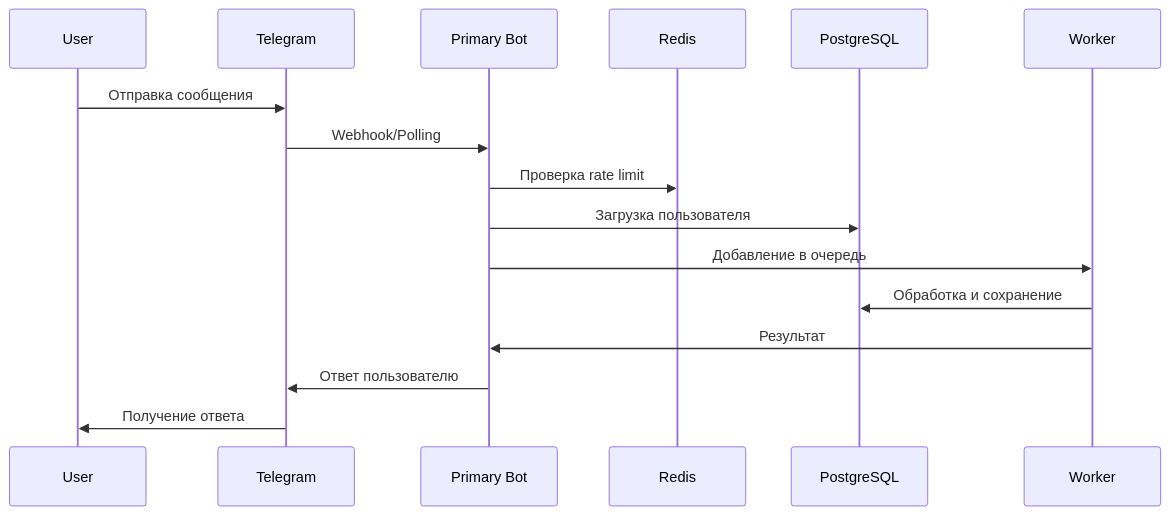
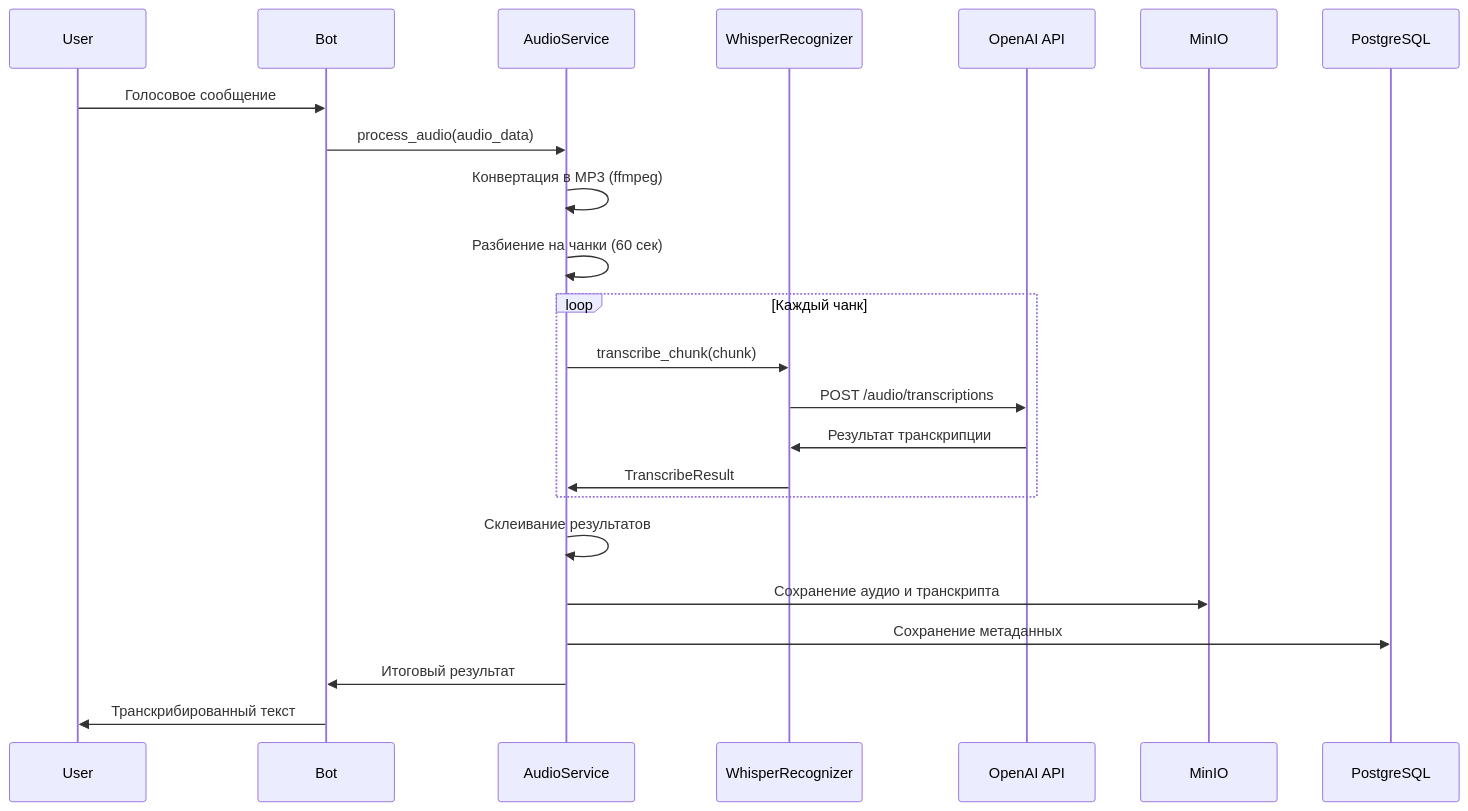
Before and after one commit to sergeyshmagin/Aisha_bot_new: the first of 3 diagrams in docs/architecture.md, drawn with Mermaid. The commit also changed other lines of this file and 24 other files, not shown here.

Commit message:
🔄 Обновление документации и архитектуры - фокус на транскрибации через OpenAI Whisper, система платных услуг, улучшенное логирование, очистка устаревшей документации

````diff
--- a/docs/architecture.md
+++ b/docs/architecture.md
@@ -137,19 +89,28 @@
 ```mermaid
 sequenceDiagram
     participant U as User
-    participant T as Telegram
-    participant B as Primary Bot
-    participant R as Redis
+    participant B as Bot
+    participant AS as AudioService
+    participant WR as WhisperRecognizer
+    participant O as OpenAI API
+    participant M as MinIO
     participant DB as PostgreSQL
-    participant W as Worker
     
-    U->>T: Отправка сообщения
-    T->>B: Webhook/Polling
-    B->>R: Проверка rate limit
-    B->>DB: Загрузка пользователя
-    B->>W: Добавление в очередь
-    W->>DB: Обработка и сохранение
-    W->>B: Результат
-    B->>T: Ответ пользователю
-    T->>U: Получение ответа
+    U->>B: Голосовое сообщение
+    B->>AS: process_audio(audio_data)
+    AS->>AS: Конвертация в MP3 (ffmpeg)
+    AS->>AS: Разбиение на чанки (60 сек)
+    
+    loop Каждый чанк
+        AS->>WR: transcribe_chunk(chunk)
+        WR->>O: POST /audio/transcriptions
+        O->>WR: Результат транскрипции
+        WR->>AS: TranscribeResult
+    end
+    
+    AS->>AS: Склеивание результатов
+    AS->>M: Сохранение аудио и транскрипта
+    AS->>DB: Сохранение метаданных
+    AS->>B: Итоговый результат
+    B->>U: Транскрибированный текст
 ```
````
